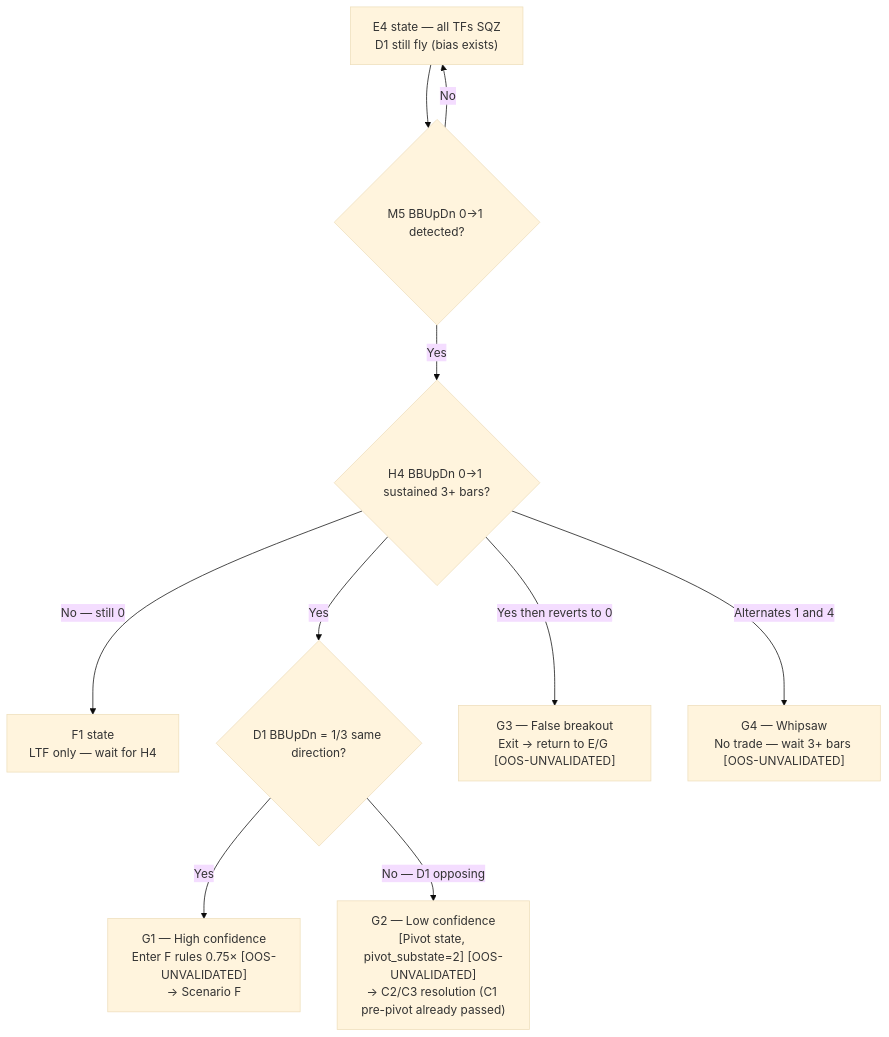
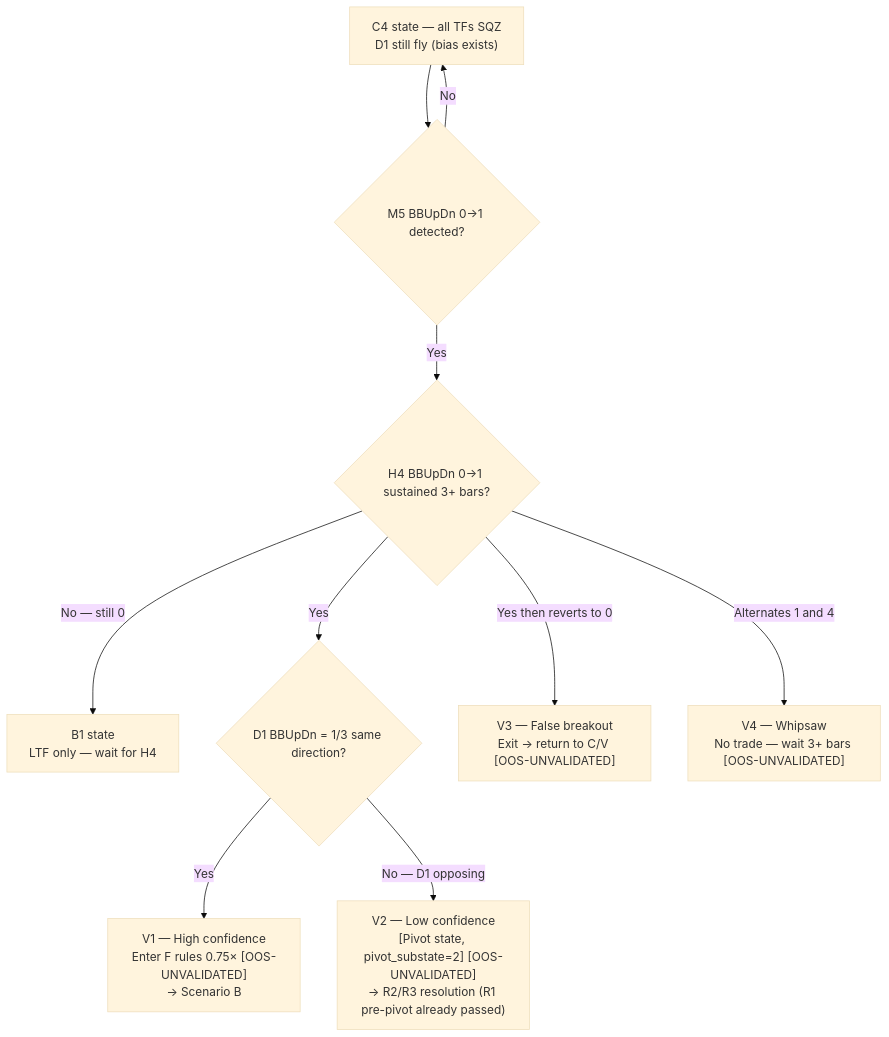
Diagram 16 of 17 in references/backtest_chart_analysis.md (Terrypang89/BB_MTF_M15_STRATEGY), drawn with Mermaid (base theme) before and after one commit. The commit also changed other lines of this file and 12 other files, not shown here.

````diff
--- a/references/backtest_chart_analysis.md
+++ b/references/backtest_chart_analysis.md
@@ -3028,13 +3028,13 @@
 ```mermaid
 flowchart TD
-    A["E4 state — all TFs SQZ\nD1 still fly (bias exists)"]
+    A["C4 state — all TFs SQZ\nD1 still fly (bias exists)"]
     A --> B{"M5 BBUpDn 0→1 detected?"}
     B -->|No| A
     B -->|Yes| C{"H4 BBUpDn 0→1 sustained 3+ bars?"}
-    C -->|No — still 0| D["F1 state\nLTF only — wait for H4"]
+    C -->|No — still 0| D["B1 state\nLTF only — wait for H4"]
     C -->|Yes| E{"D1 BBUpDn = 1/3 same direction?"}
-    E -->|Yes| F["G1 — High confidence\nEnter F rules 0.75× [OOS-UNVALIDATED]\n→ Scenario F"]
-    E -->|No — D1 opposing| G_node["G2 — Low confidence\n[Pivot state, pivot_substate=2] [OOS-UNVALIDATED]\n→ C2/C3 resolution (C1 pre-pivot already passed)"]
-    C -->|Yes then reverts to 0| H_node["G3 — False breakout\nExit → return to E/G [OOS-UNVALIDATED]"]
-    C -->|Alternates 1 and 4| I_node["G4 — Whipsaw\nNo trade — wait 3+ bars [OOS-UNVALIDATED]"]
+    E -->|Yes| F["V1 — High confidence\nEnter F rules 0.75× [OOS-UNVALIDATED]\n→ Scenario B"]
+    E -->|No — D1 opposing| G_node["V2 — Low confidence\n[Pivot state, pivot_substate=2] [OOS-UNVALIDATED]\n→ R2/R3 resolution (R1 pre-pivot already passed)"]
+   C -->|Yes then reverts to 0| H_node["V3 — False breakout\nExit → return to C/V [OOS-UNVALIDATED]"]
+    C -->|Alternates 1 and 4| I_node["V4 — Whipsaw\nNo trade — wait 3+ bars [OOS-UNVALIDATED]"]
 ```
````
